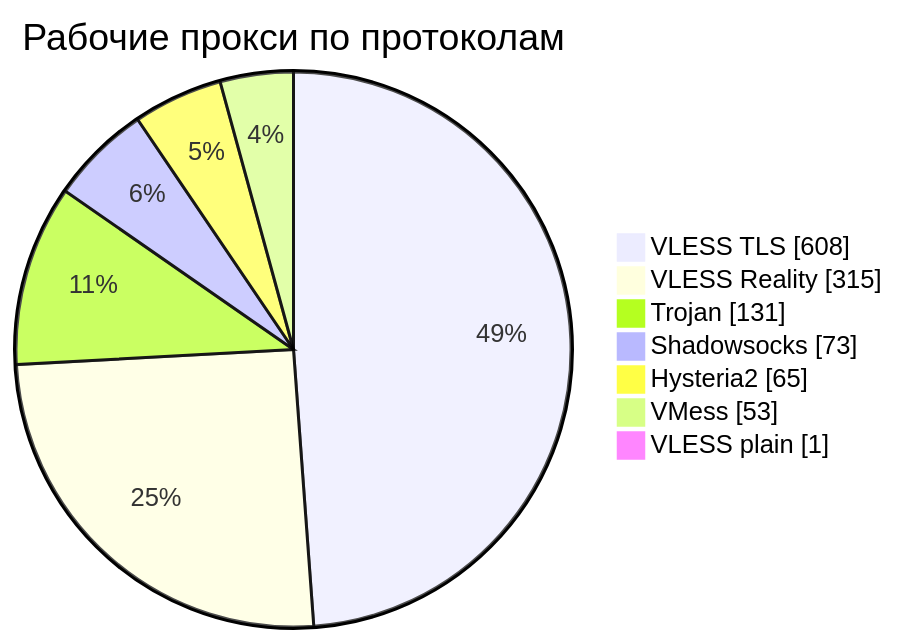
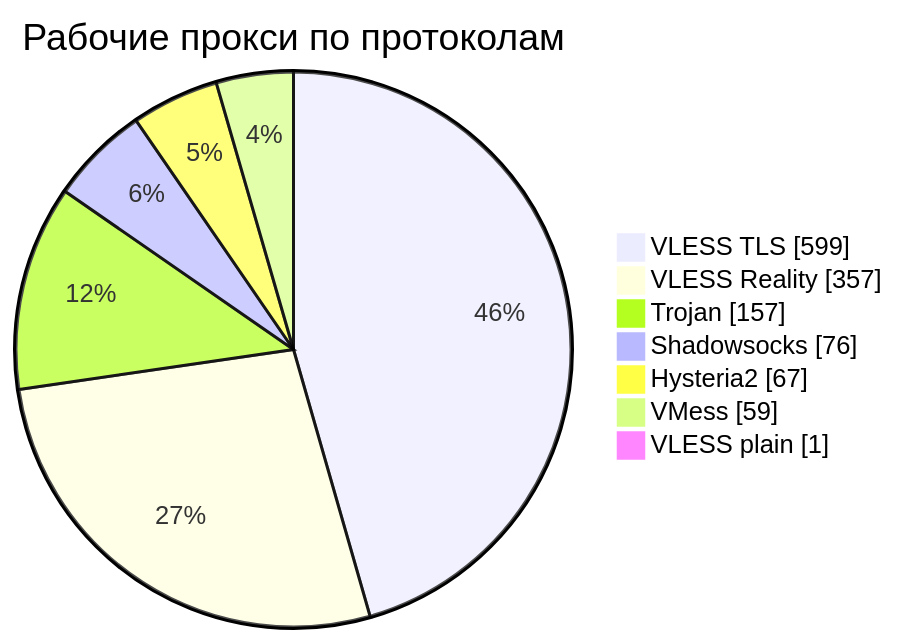
The third of 4 diagrams in README.md (rvvg/proxy-subs), drawn with Mermaid before and after one commit. The commit also changed other lines of this file and 51 other files, not shown here.

````diff
--- a/README.md
+++ b/README.md
@@ -140,11 +140,11 @@
 ```mermaid
 pie showData
     title Рабочие прокси по протоколам
-    "VLESS TLS" : 608
-    "VLESS Reality" : 315
-    "Trojan" : 131
-    "Shadowsocks" : 73
-    "Hysteria2" : 65
-    "VMess" : 53
+    "VLESS TLS" : 599
+    "VLESS Reality" : 357
+    "Trojan" : 157
+    "Shadowsocks" : 76
+    "Hysteria2" : 67
+    "VMess" : 59
     "VLESS plain" : 1
 ```
````
